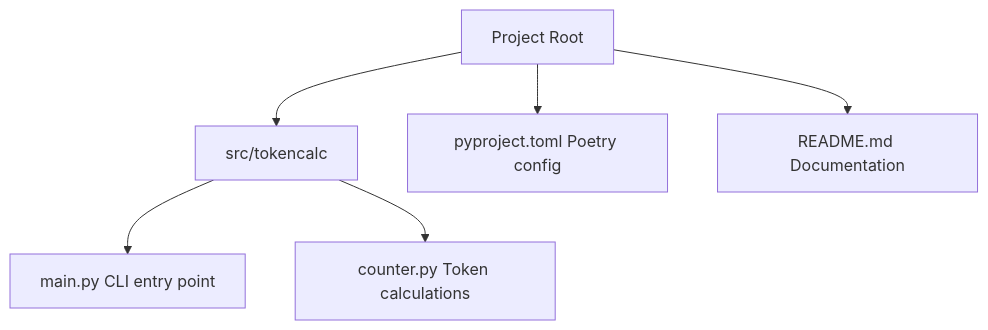
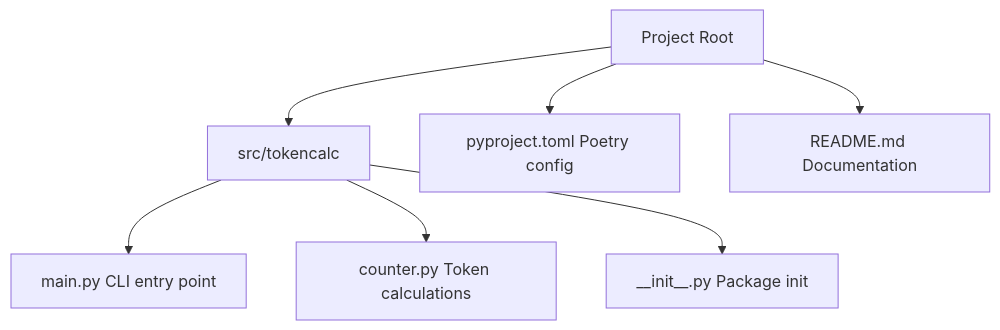
One commit to syrius2000/Tokens changed the diagram in README.md. Above: the diagram before and after it, drawn with Mermaid. The commit also changed other lines of this file and 13 other files, not shown here.

````diff
--- a/README.md
+++ b/README.md
@@ -57,8 +66,9 @@
 ```mermaid
 graph TD
     A[Project Root] --> B[src/tokencalc]
     B --> C[main.py CLI entry point]
     B --> D[counter.py Token calculations]
+    B --> G["__init__.py Package init"]
     A --> E[pyproject.toml Poetry config]
     A --> F[README.md Documentation]
 ```
````
